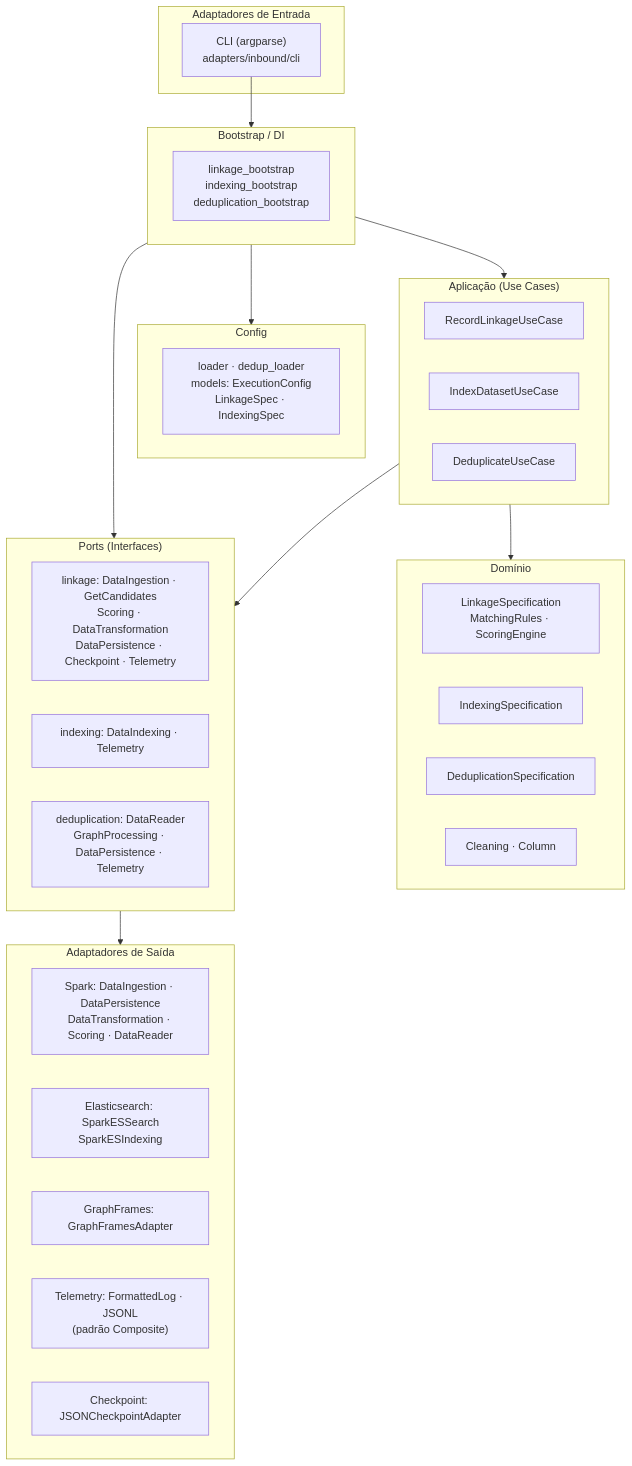
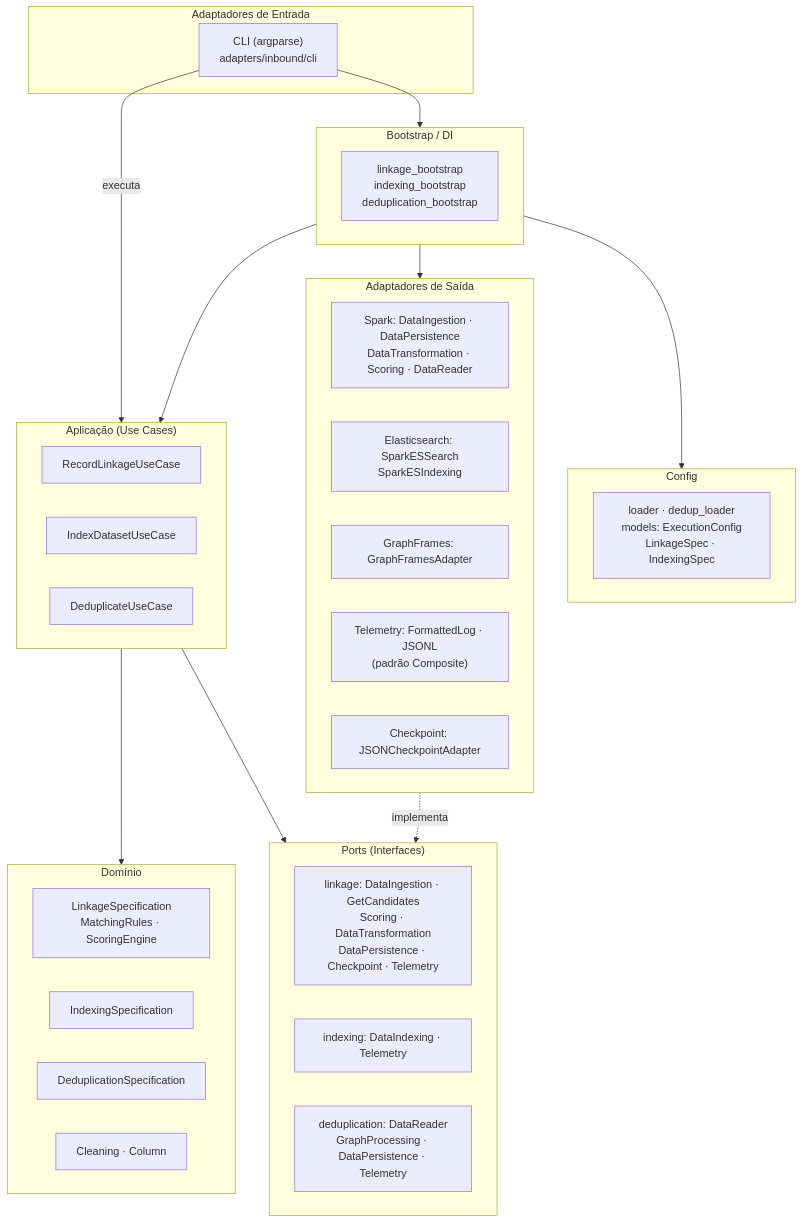
Before and after one commit to rafael-romao/cidacsrl: the second of 4 diagrams in docs/architecture/overview.md, drawn with Mermaid. The commit also changed other lines of this file and 1 other file, not shown here.

Commit message:
docs: fix diagram

````diff
--- a/docs/architecture/overview.md
+++ b/docs/architecture/overview.md
@@ -36,49 +36,50 @@
 ```mermaid
 flowchart TB
     subgraph INBOUND["Adaptadores de Entrada"]
         CLI2["CLI (argparse)\nadapters/inbound/cli"]
     end
 
     subgraph BOOTSTRAP["Bootstrap / DI"]
         BS["linkage_bootstrap\nindexing_bootstrap\ndeduplication_bootstrap"]
     end
 
     subgraph CONFIG["Config"]
         CFG["loader · dedup_loader\nmodels: ExecutionConfig\nLinkageSpec · IndexingSpec"]
     end
 
     subgraph APP["Aplicação (Use Cases)"]
         UC1["RecordLinkageUseCase"]
         UC2["IndexDatasetUseCase"]
         UC3["DeduplicateUseCase"]
     end
 
     subgraph DOMAIN["Domínio"]
         D1["LinkageSpecification\nMatchingRules · ScoringEngine"]
         D2["IndexingSpecification"]
         D3["DeduplicationSpecification"]
         D4["Cleaning · Column"]
     end
 
     subgraph PORTS["Ports (Interfaces)"]
         P1["linkage: DataIngestion · GetCandidates\nScoring · DataTransformation\nDataPersistence · Checkpoint · Telemetry"]
         P2["indexing: DataIndexing · Telemetry"]
         P3["deduplication: DataReader\nGraphProcessing · DataPersistence · Telemetry"]
     end
 
     subgraph OUTBOUND["Adaptadores de Saída"]
         A1["Spark: DataIngestion · DataPersistence\nDataTransformation · Scoring · DataReader"]
         A2["Elasticsearch: SparkESSearch\nSparkESIndexing"]
         A3["GraphFrames: GraphFramesAdapter"]
         A4["Telemetry: FormattedLog · JSONL\n(padrão Composite)"]
         A5["Checkpoint: JSONCheckpointAdapter"]
     end
 
     CLI2 --> BOOTSTRAP
+    CLI2 -->|"executa"| APP
     BOOTSTRAP --> CONFIG
     BOOTSTRAP --> APP
-    BOOTSTRAP --> PORTS
+    BOOTSTRAP --> OUTBOUND
     APP --> PORTS
     APP --> DOMAIN
-    PORTS --> OUTBOUND
+    OUTBOUND -.->|"implementa"| PORTS
 ```
````
